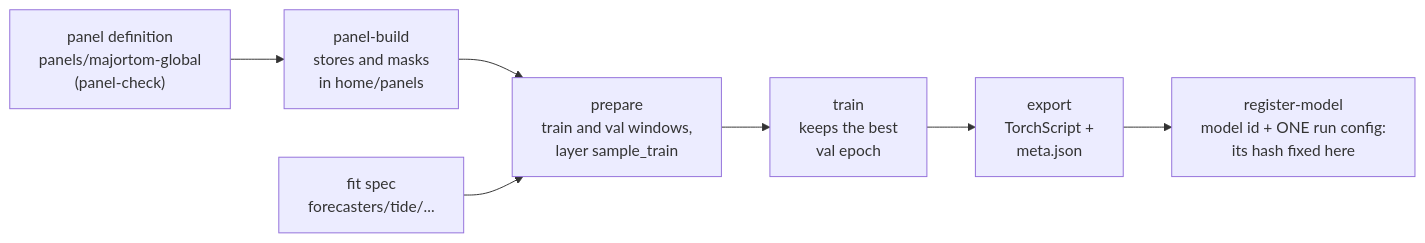
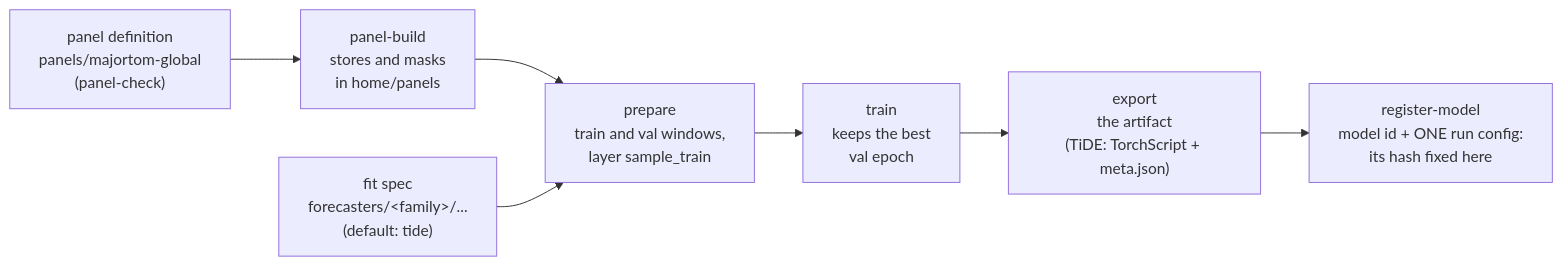
The third of 5 diagrams in docs/concepts/workflows.md (conflict-ecology/ponzi-suite), drawn with Mermaid before and after one commit. The commit also changed other lines of this file and 10 other files, not shown here.

````diff
--- a/docs/concepts/workflows.md
+++ b/docs/concepts/workflows.md
@@ -167,9 +167,9 @@
 ```mermaid
 flowchart LR
   def["panel definition<br/>panels/majortom-global<br/>(panel-check)"] --> build["panel-build<br/>stores and masks<br/>in home/panels"]
   build --> prep["prepare<br/>train and val windows,<br/>layer sample_train"]
-  spec["fit spec<br/>forecasters/tide/..."] --> prep
+  spec["fit spec<br/>forecasters/&lt;family&gt;/...<br/>(default: tide)"] --> prep
   prep --> train["train<br/>keeps the best<br/>val epoch"]
-  train --> export["export<br/>TorchScript +<br/>meta.json"]
+  train --> export["export<br/>the artifact<br/>(TiDE: TorchScript + meta.json)"]
   export --> reg["register-model<br/>model id + ONE run config:<br/>its hash fixed here"]
 ```
````
